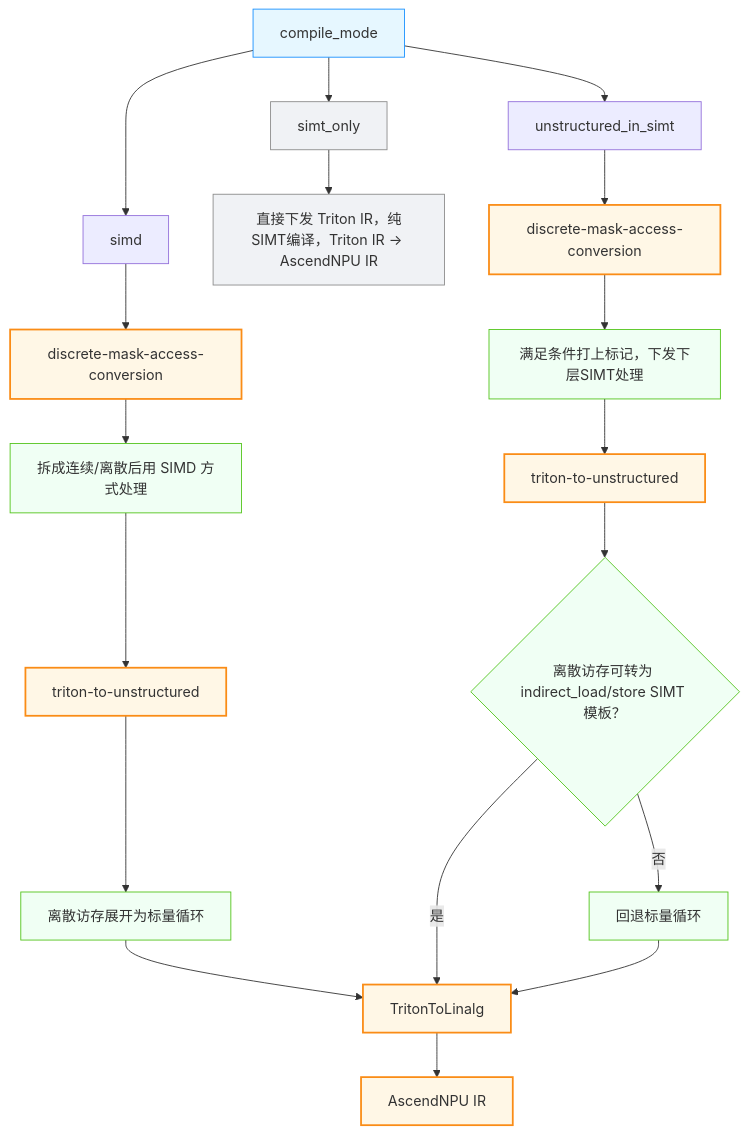
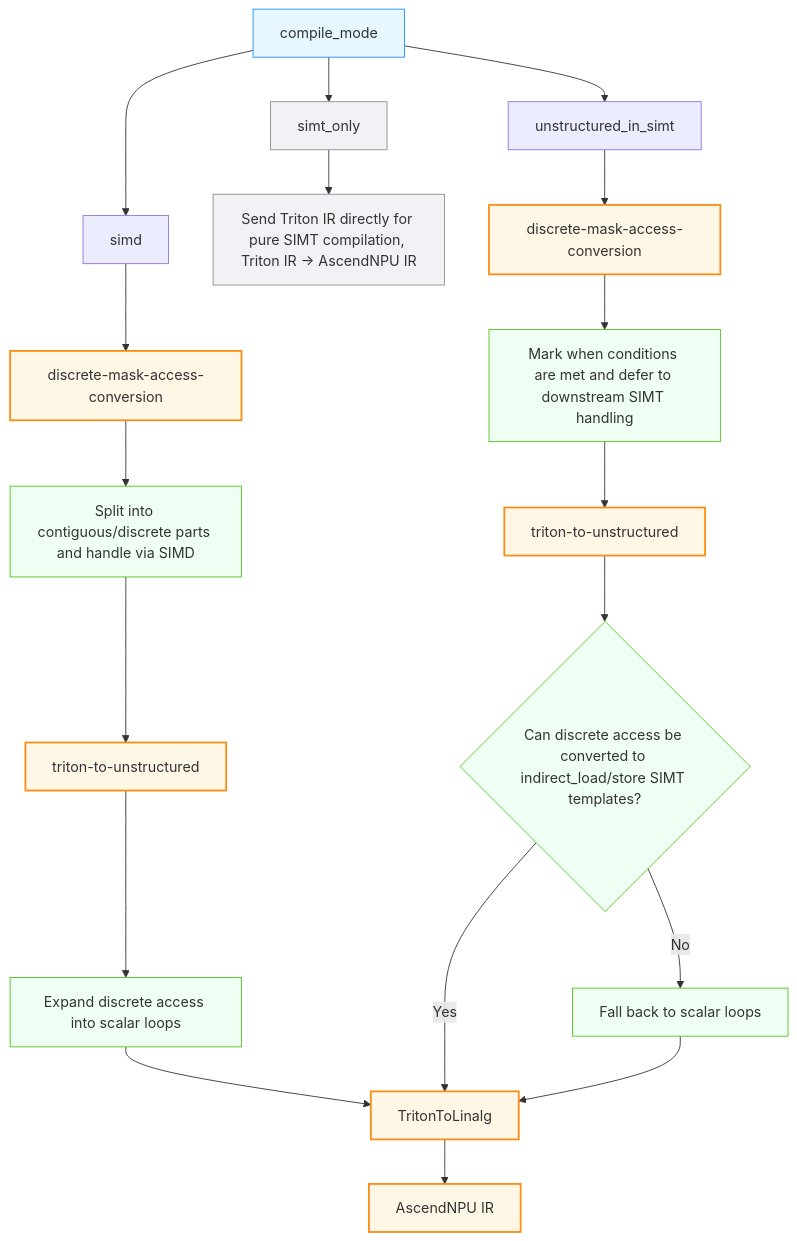
One commit to Geofeng12138/triton-ascend changed the diagram in docs/zh/architecture_design_and_core_features.md. Above: the diagram before and after it, drawn with Mermaid. The commit also changed other lines of this file and 107 other files, not shown here.

````diff
--- a/docs/zh/architecture_design_and_core_features.md
+++ b/docs/zh/architecture_design_and_core_features.md
@@ -237,38 +237,37 @@
 ```mermaid
 flowchart TD
     A[compile_mode] --> B["simd"]
     A --> C["unstructured_in_simt"]
     A --> D["simt_only"]
 
-    %% simt_only 分支
-    D --> D1[直接下发 Triton IR，纯SIMT编译，Triton IR → AscendNPU IR]
+    %% simt_only branch
+    D --> D1[Send Triton IR directly for pure SIMT compilation, Triton IR → AscendNPU IR]
 
-    %% simd 完整链路
+    %% simd full path
     B --> B1[discrete-mask-access-conversion]
-    B1 --> B2[拆成连续/离散后用 SIMD 方式处理]
+    B1 --> B2[Split into contiguous/discrete parts and handle via SIMD]
     B2 --> B3[triton-to-unstructured]
-    B3 --> B4[离散访存展开为标量循环]
+    B3 --> B4[Expand discrete access into scalar loops]
     B4 --> B5[TritonToLinalg]
     B5 --> B6[AscendNPU IR]
 
-    %% unstructured_in_simt 完整链路
+    %% unstructured_in_simt full path
     C --> C1[discrete-mask-access-conversion]
-    C1 --> C2[满足条件打上标记，下发下层SIMT处理]
+    C1 --> C2[Mark when conditions are met and defer to downstream SIMT handling]
     C2 --> C3[triton-to-unstructured]
-    C3 --> C4{离散访存可转为 indirect_load/store SIMT 模板？}
-    C4 -- 是 --> B5
-    C4 -- 否 --> C5[回退标量循环]
+    C3 --> C4{Can discrete access be converted to indirect_load/store SIMT templates?}
+    C4 -- Yes --> B5
+    C4 -- No --> C5[Fall back to scalar loops]
     C5 --> B5
 
-    %% 样式定义
+    %% styling
     classDef root fill:#e6f7ff,stroke:#1890ff
     classDef pass fill:#fff7e6,stroke:#fa8c16,stroke-width:2px
     classDef logic fill:#f0fff4,stroke:#52c41a
     classDef simtOnly fill:#f0f2f5,stroke:#8c8c8c
 
-    %% 绑定样式
     class A root
     class B1,C1,B3,C3,B5,B6 pass
     class B2,B4,C2,C4,C5 logic
     class D,D1 simtOnly
 ```
````
